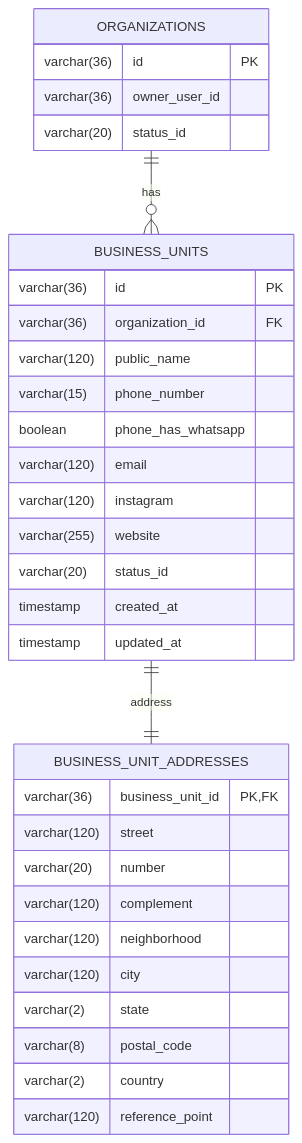
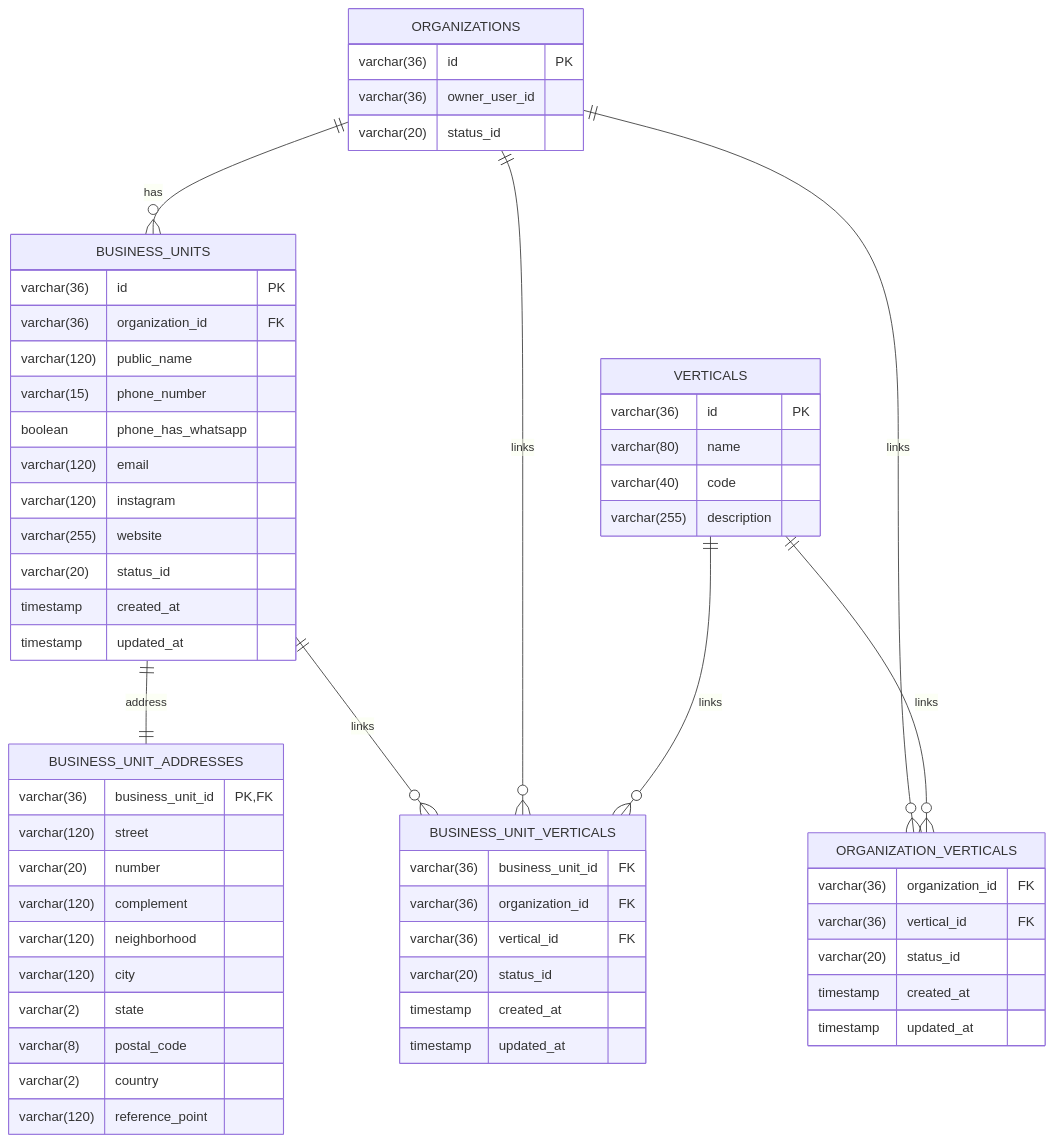
Before and after one commit to CSousa-Dev/smart-delivery: the fifth of 6 diagrams in specs/modules/organization/03-create-business-unit/design.md, drawn with Mermaid. The commit also changed other lines of this file and 107 other files, not shown here.

Commit message:
feat(organization): vertical links and endpoints

````diff
--- a/specs/modules/organization/03-create-business-unit/design.md
+++ b/specs/modules/organization/03-create-business-unit/design.md
@@ -271,38 +364,67 @@
 ```mermaid
 erDiagram
     ORGANIZATIONS {
         varchar(36) id PK
         varchar(36) owner_user_id
         varchar(20) status_id
+    }
+
+    ORGANIZATION_VERTICALS {
+        varchar(36) organization_id FK
+        varchar(36) vertical_id FK
+        varchar(20) status_id
+        timestamp created_at
+        timestamp updated_at
     }
 
     BUSINESS_UNITS {
         varchar(36) id PK
         varchar(36) organization_id FK
         varchar(120) public_name
         varchar(15) phone_number
         boolean phone_has_whatsapp
         varchar(120) email
         varchar(120) instagram
         varchar(255) website
         varchar(20) status_id
         timestamp created_at
         timestamp updated_at
     }
 
     BUSINESS_UNIT_ADDRESSES {
         varchar(36) business_unit_id PK, FK
         varchar(120) street
         varchar(20) number
         varchar(120) complement
         varchar(120) neighborhood
         varchar(120) city
         varchar(2) state
         varchar(8) postal_code
         varchar(2) country
         varchar(120) reference_point
     }
 
+    BUSINESS_UNIT_VERTICALS {
+        varchar(36) business_unit_id FK
+        varchar(36) organization_id FK
+        varchar(36) vertical_id FK
+        varchar(20) status_id
+        timestamp created_at
+        timestamp updated_at
+    }
+
+    VERTICALS {
+        varchar(36) id PK
+        varchar(80) name
+        varchar(40) code
+        varchar(255) description
+    }
+
     ORGANIZATIONS ||--o{ BUSINESS_UNITS : has
     BUSINESS_UNITS ||--|| BUSINESS_UNIT_ADDRESSES : address
+    ORGANIZATIONS ||--o{ ORGANIZATION_VERTICALS : links
+    VERTICALS ||--o{ ORGANIZATION_VERTICALS : links
+    BUSINESS_UNITS ||--o{ BUSINESS_UNIT_VERTICALS : links
+    ORGANIZATIONS ||--o{ BUSINESS_UNIT_VERTICALS : links
+    VERTICALS ||--o{ BUSINESS_UNIT_VERTICALS : links
 ```
````
